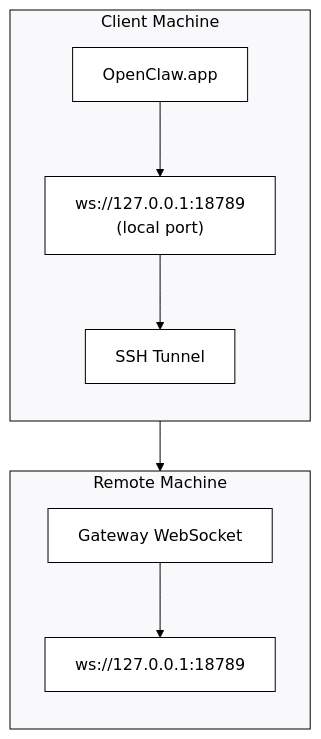
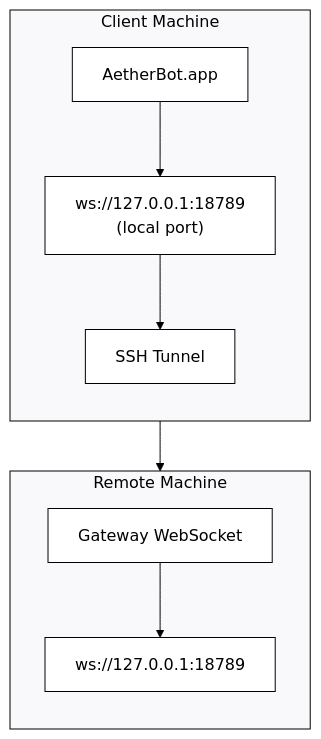
Before and after one commit to dawsonblock/OPENCLAW-SECURITY-: the diagram in docs/gateway/remote-gateway-readme.md, drawn with Mermaid. The commit also changed other lines of this file and 285 other files, not shown here.

Commit message:
Stage 9o: Bulk rebrand docs/ — product name OpenClaw→AetherBot, CLI commands openclaw→aetherbot, config paths, anchor links, npm install commands

````diff
--- a/docs/gateway/remote-gateway-readme.md
+++ b/docs/gateway/remote-gateway-readme.md
@@ -13,36 +13,36 @@
 ```mermaid
 %%{init: {
   'theme': 'base',
   'themeVariables': {
     'primaryColor': '#ffffff',
     'primaryTextColor': '#000000',
     'primaryBorderColor': '#000000',
     'lineColor': '#000000',
     'secondaryColor': '#f9f9fb',
     'tertiaryColor': '#ffffff',
     'clusterBkg': '#f9f9fb',
     'clusterBorder': '#000000',
     'nodeBorder': '#000000',
     'mainBkg': '#ffffff',
     'edgeLabelBackground': '#ffffff'
   }
 }}%%
 flowchart TB
     subgraph Client["Client Machine"]
         direction TB
-        A["OpenClaw.app"]
+        A["AetherBot.app"]
         B["ws://127.0.0.1:18789\n(local port)"]
         T["SSH Tunnel"]
 
         A --> B
         B --> T
     end
     subgraph Remote["Remote Machine"]
         direction TB
         C["Gateway WebSocket"]
         D["ws://127.0.0.1:18789"]
 
         C --> D
     end
     T --> C
 ```
````
